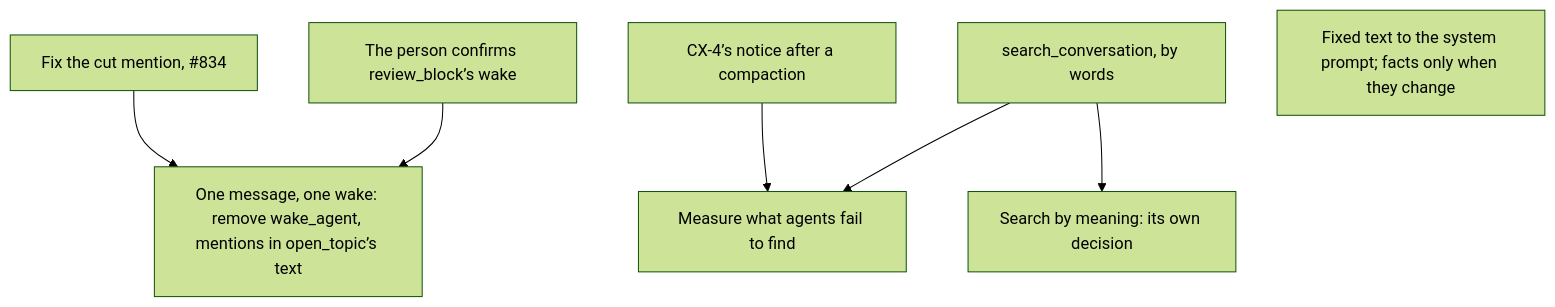
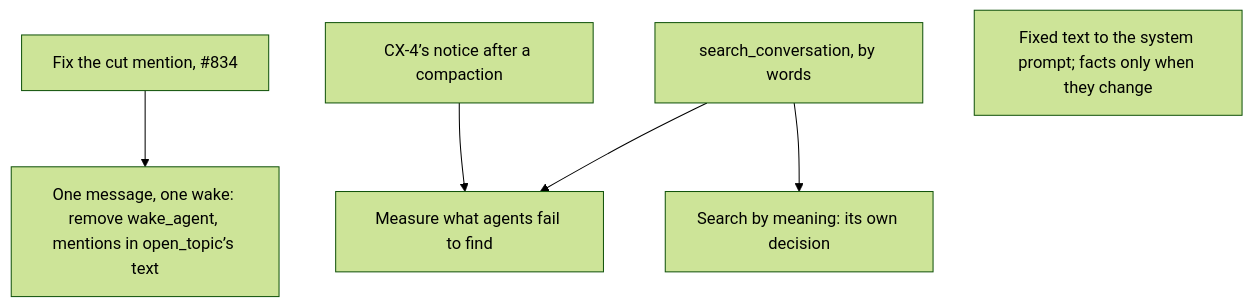
One commit to HJeon139/postbox changed the third of 3 diagrams in designs/room-context.md. Above: the diagram before and after it, drawn with Mermaid (forest theme). The commit also changed other lines of this file, not shown here.

First line of the commit message:
docs(designs): record that a review keeps its wake

````diff
--- a/designs/room-context.md
+++ b/designs/room-context.md
@@ -143,10 +143,9 @@
 ```mermaid
 flowchart TD
   M834[Fix the cut mention, #834] --> M[One message, one wake: remove wake_agent, mentions in open_topic’s text]
-  RVW[The person confirms review_block’s wake] --> M
   S[search_conversation, by words]
   CX4[CX-4’s notice after a compaction] --> MS[Measure what agents fail to find]
   S --> MS
   F[Fixed text to the system prompt; facts only when they change]
   S --> SM[Search by meaning: its own decision]
 ```
````
